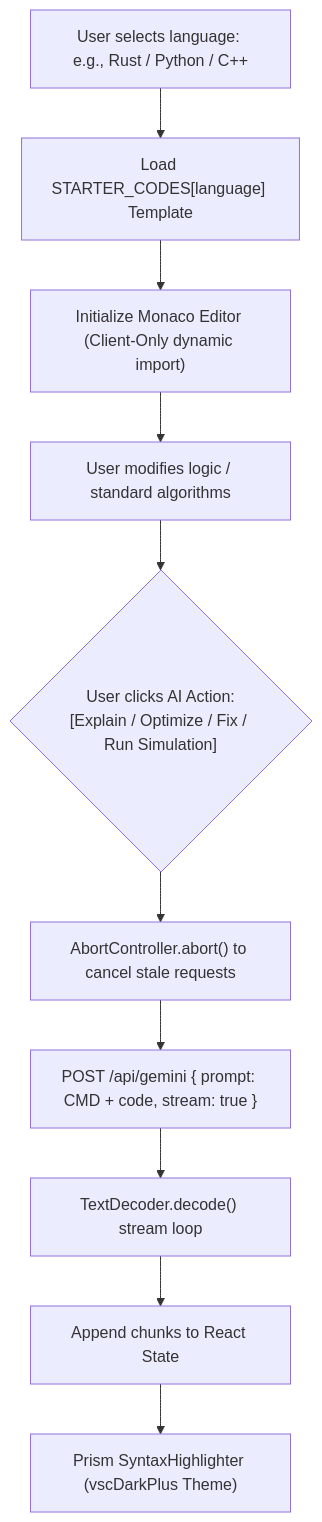
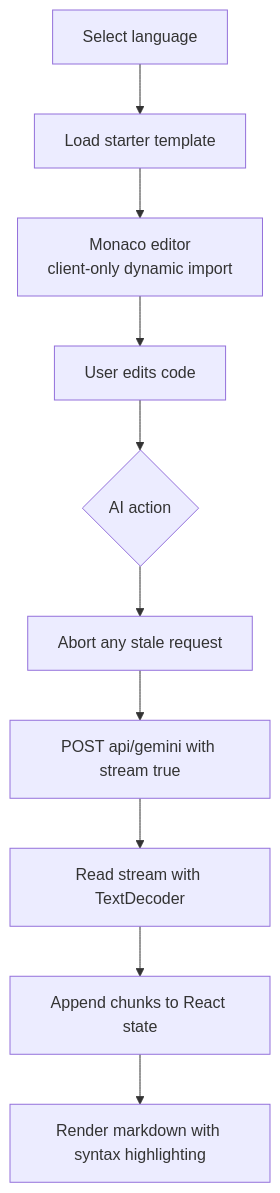
One commit to DevSars24/codeify changed the tenth of 19 diagrams in README.md. Above: the diagram before and after it, drawn with Mermaid. The commit also changed other lines of this file, not shown here.

````diff
--- a/README.md
+++ b/README.md
@@ -457,12 +379,12 @@
 ```mermaid
 flowchart TD
-    UserSelect["User selects language: e.g., Rust / Python / C++"] --> LoadStarter["Load STARTER_CODES[language] Template"]
-    LoadStarter --> MonacoInit["Initialize Monaco Editor (Client-Only dynamic import)"]
-    MonacoInit --> UserEdit["User modifies logic / standard algorithms"]
-    UserEdit --> ActionTrigger{"User clicks AI Action:\n[Explain / Optimize / Fix / Run Simulation]"}
-    ActionTrigger --> AbortExisting["AbortController.abort() to cancel stale requests"]
-    AbortExisting --> FetchAI["POST /api/gemini { prompt: CMD + code, stream: true }"]
-    FetchAI --> StreamDecode["TextDecoder.decode() stream loop"]
-    StreamDecode --> UIAppend["Append chunks to React State"]
-    UIAppend --> SyntaxHighlighter["Prism SyntaxHighlighter (vscDarkPlus Theme)"]
+    Pick["Select language"] --> Starter["Load starter template"]
+    Starter --> Monaco["Monaco editor<br/>client-only dynamic import"]
+    Monaco --> Edit["User edits code"]
+    Edit --> Action{"AI action"}
+    Action --> Abort["Abort any stale request"]
+    Abort --> Fetch["POST api/gemini with stream true"]
+    Fetch --> Decode["Read stream with TextDecoder"]
+    Decode --> Append["Append chunks to React state"]
+    Append --> Render["Render markdown with syntax highlighting"]
 ```
````
